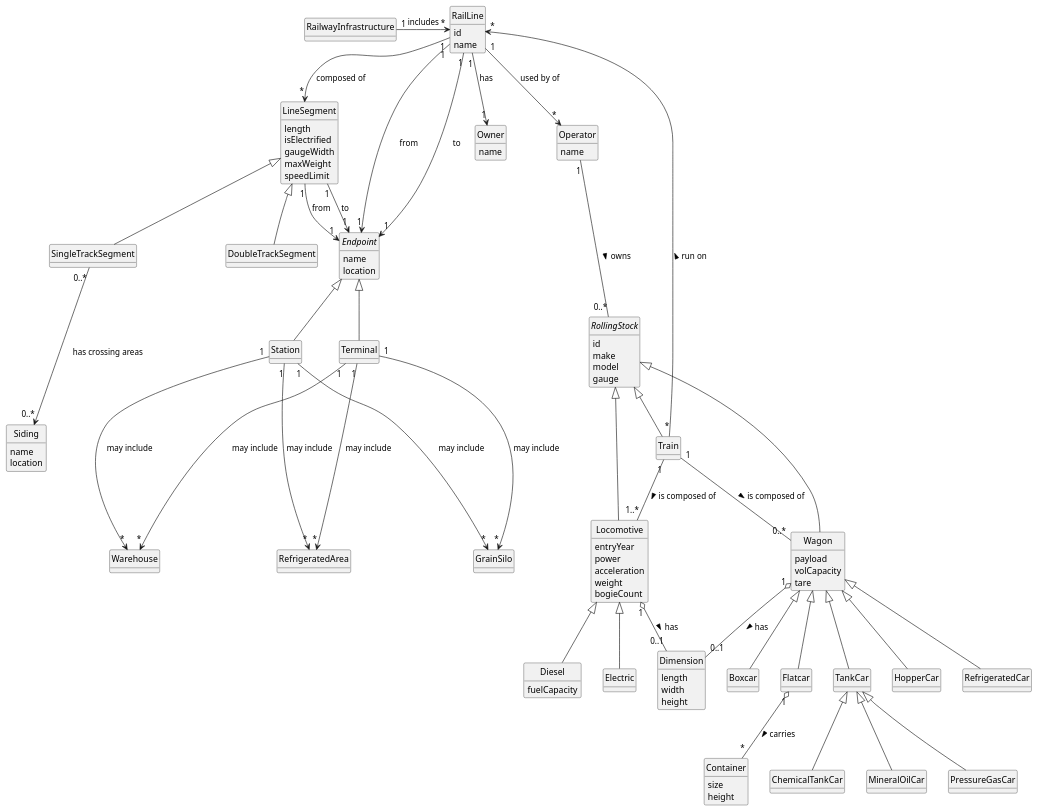
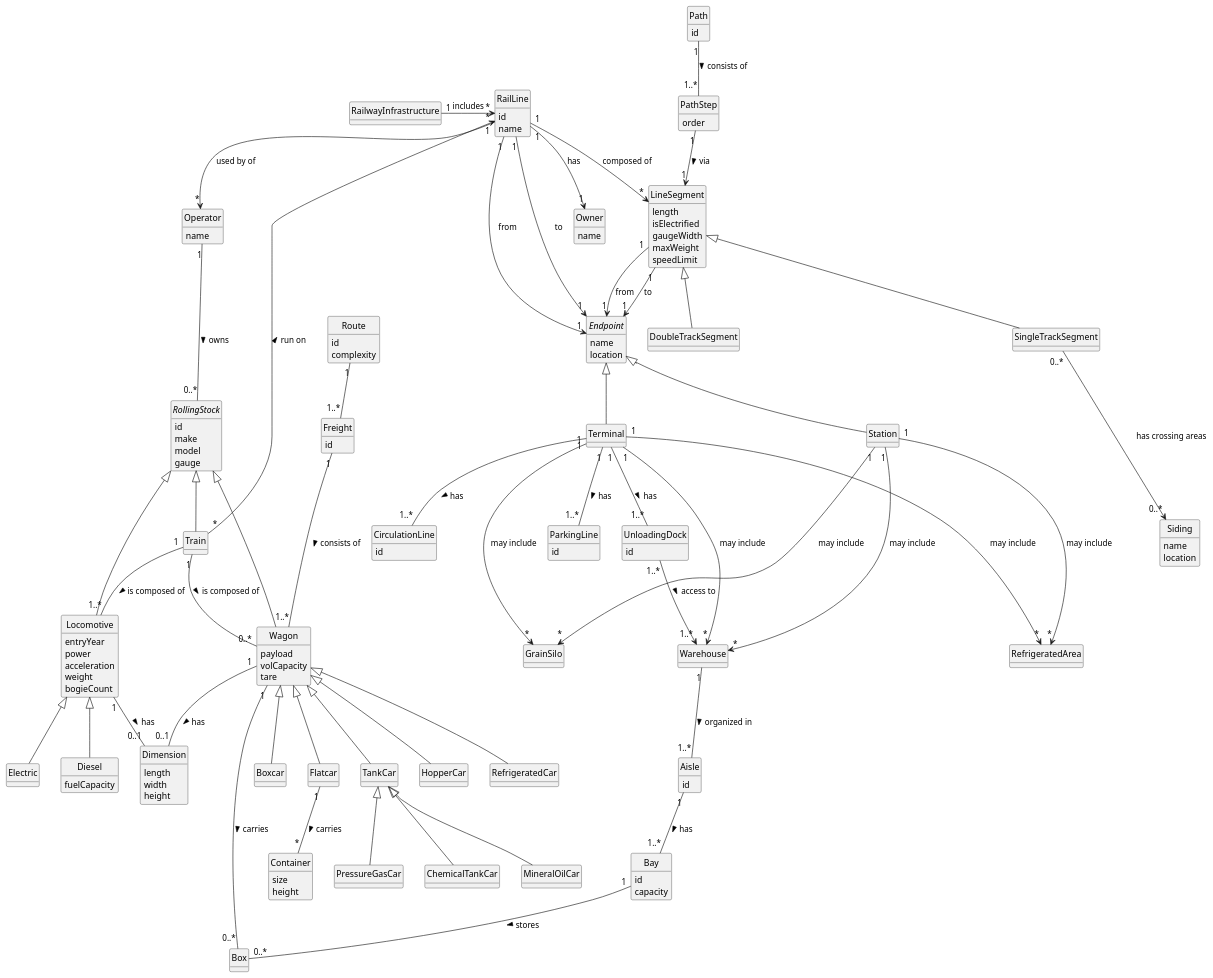
Before and after one commit to bruno-monteiro5/sem3-pi-25.26-g164-repository: the diagram in docs/system-documentation/global-artifacts/DM/puml/DM.puml, drawn with PlantUML.

Commit message:
USLP01(Docs)- domain model updated with some more details until the beginning of ESINF [#25]

```diff
--- a/docs/system-documentation/global-artifacts/DM/puml/DM.puml
+++ b/docs/system-documentation/global-artifacts/DM/puml/DM.puml
@@ -121,6 +121,47 @@
     height
 }
 
+class Freight {
+    id
+}
+
+class Route {
+id
+complexity
+}
+
+class Path {
+id
+}
+
+class PathStep {
+    order
+}
+
+class CirculationLine {
+    id
+}
+
+class ParkingLine {
+    id
+}
+
+class UnloadingDock {
+    id
+}
+
+class Aisle {
+    id
+}
+
+class Bay {
+    id
+    capacity
+}
+
+class Box {
+}
+
 
 
 
@@ -144,9 +185,20 @@
 Train "1" -- "1..*" Locomotive : is composed of >
 Train "1" -- "0..*" Wagon : is composed of >
 Train "*" ---> "*" RailLine : run on >
-Flatcar "1" o-- "*" Container : carries >
-Locomotive "1" o-- "0..1" Dimension : has >
-Wagon "1" o-- "0..1" Dimension : has >
-
+Flatcar "1" -- "*" Container : carries >
+Locomotive "1" -- "0..1" Dimension : has >
+Wagon "1" -- "0..1" Dimension : has >
+Freight "1"--- "1..*" Wagon : consists of >
+Path "1" -- "1..*" PathStep : consists of >
+PathStep "1" --> "1" LineSegment : via >
+Route "1" -- "1..*" Freight
+Terminal "1" -- "1..*" CirculationLine : has >
+Terminal "1" -- "1..*" ParkingLine    : has >
+Terminal "1" -- "1..*" UnloadingDock  : has >
+Warehouse "1" -- "1..*" Aisle : organized in >
+Aisle     "1" -- "1..*" Bay : has >
+Bay "1" -- "0..*" Box : stores >
+Wagon "1" -- "0..*" Box : carries >
+UnloadingDock "1..*" --> "1..*" Warehouse : access to >
 
 @enduml
```
